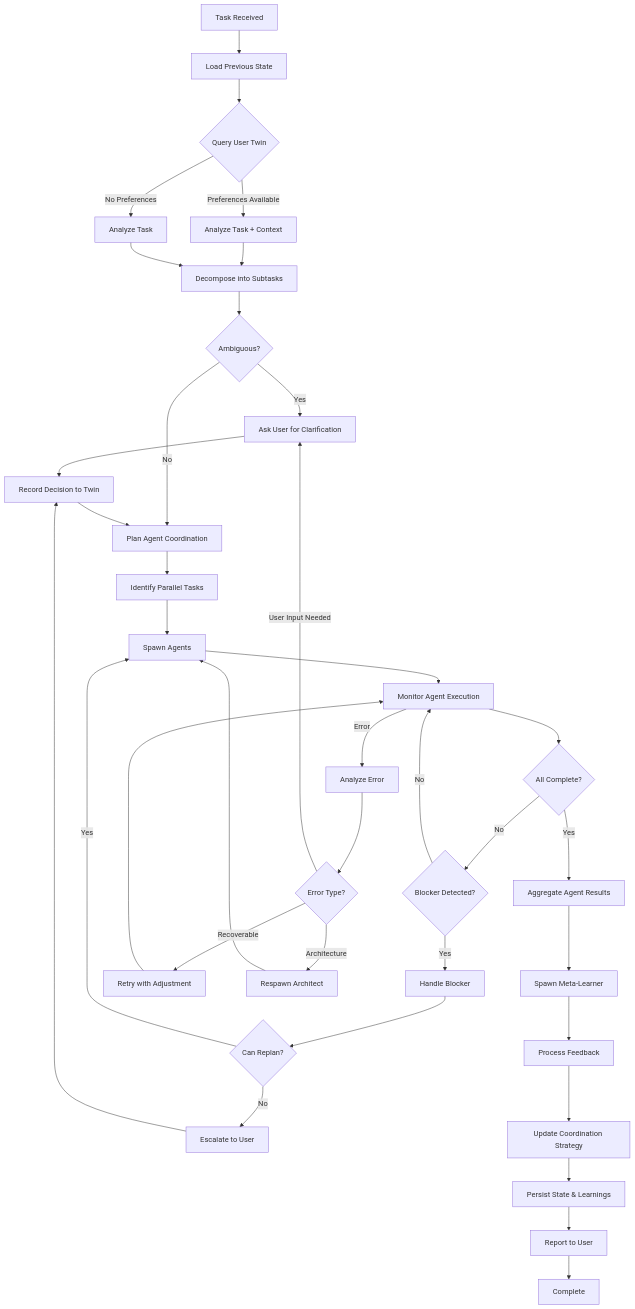
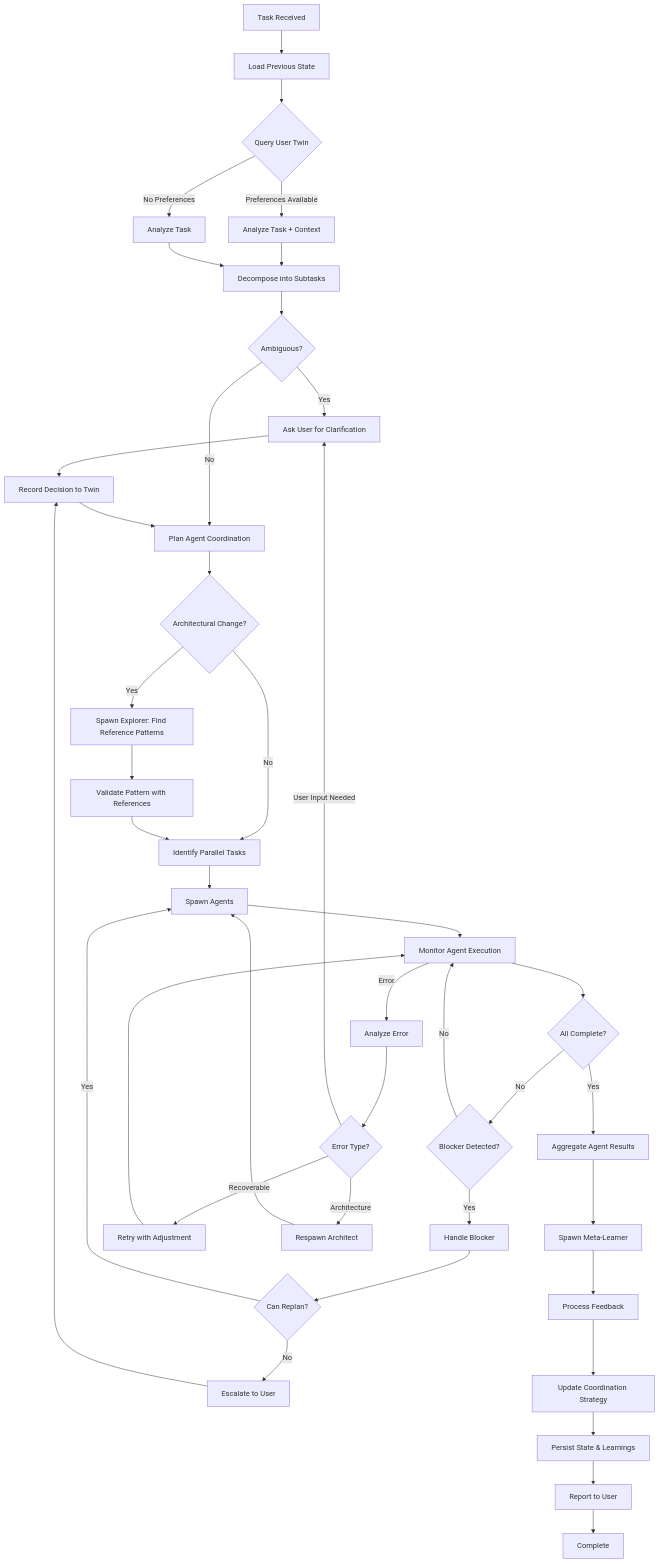
One commit to i-am-logger/mynixos changed the first of 8 diagrams in .claude/agents/cybernetic-workflows.md. Above: the diagram before and after it, drawn with Mermaid. The commit also changed other lines of this file and 144 other files, not shown here.

````diff
--- a/.claude/agents/cybernetic-workflows.md
+++ b/.claude/agents/cybernetic-workflows.md
@@ -22,51 +22,57 @@
 ```mermaid
 graph TB
     Start[Task Received] --> LoadState[Load Previous State]
     LoadState --> QueryTwin{Query User Twin}
     QueryTwin --> |Preferences Available| AnalyzeWithContext[Analyze Task + Context]
     QueryTwin --> |No Preferences| AnalyzeTask[Analyze Task]
 
     AnalyzeWithContext --> Decompose[Decompose into Subtasks]
     AnalyzeTask --> Decompose
 
     Decompose --> Ambiguous{Ambiguous?}
     Ambiguous --> |Yes| AskUser[Ask User for Clarification]
     Ambiguous --> |No| PlanAgents[Plan Agent Coordination]
 
     AskUser --> RecordDecision[Record Decision to Twin]
     RecordDecision --> PlanAgents
 
-    PlanAgents --> IdentifyParallel[Identify Parallel Tasks]
+    PlanAgents --> ArchitecturalChange{Architectural Change?}
+    ArchitecturalChange --> |Yes| SpawnExplorer[Spawn Explorer: Find Reference Patterns]
+    ArchitecturalChange --> |No| IdentifyParallel[Identify Parallel Tasks]
+
+    SpawnExplorer --> ValidatePattern[Validate Pattern with References]
+    ValidatePattern --> IdentifyParallel
+
     IdentifyParallel --> SpawnAgents[Spawn Agents]
 
     SpawnAgents --> MonitorExecution[Monitor Agent Execution]
     MonitorExecution --> CheckProgress{All Complete?}
 
     CheckProgress --> |No| DetectBlocker{Blocker Detected?}
     DetectBlocker --> |Yes| HandleBlocker[Handle Blocker]
     DetectBlocker --> |No| MonitorExecution
 
     HandleBlocker --> ReplanOrEscalate{Can Replan?}
     ReplanOrEscalate --> |Yes| SpawnAgents
     ReplanOrEscalate --> |No| EscalateUser[Escalate to User]
     EscalateUser --> RecordDecision
 
     CheckProgress --> |Yes| AggregateResults[Aggregate Agent Results]
     AggregateResults --> SpawnMetaLearner[Spawn Meta-Learner]
 
     SpawnMetaLearner --> FeedbackLoop[Process Feedback]
     FeedbackLoop --> UpdateStrategy[Update Coordination Strategy]
     UpdateStrategy --> PersistState[Persist State & Learnings]
 
     PersistState --> ReportUser[Report to User]
     ReportUser --> End[Complete]
 
     %% Error Handling
     MonitorExecution --> |Error| AnalyzeError[Analyze Error]
     AnalyzeError --> ErrorType{Error Type?}
     ErrorType --> |Recoverable| Retry[Retry with Adjustment]
     ErrorType --> |Architecture| RespawnArchitect[Respawn Architect]
     ErrorType --> |User Input Needed| AskUser
     Retry --> MonitorExecution
     RespawnArchitect --> SpawnAgents
 ```
````
